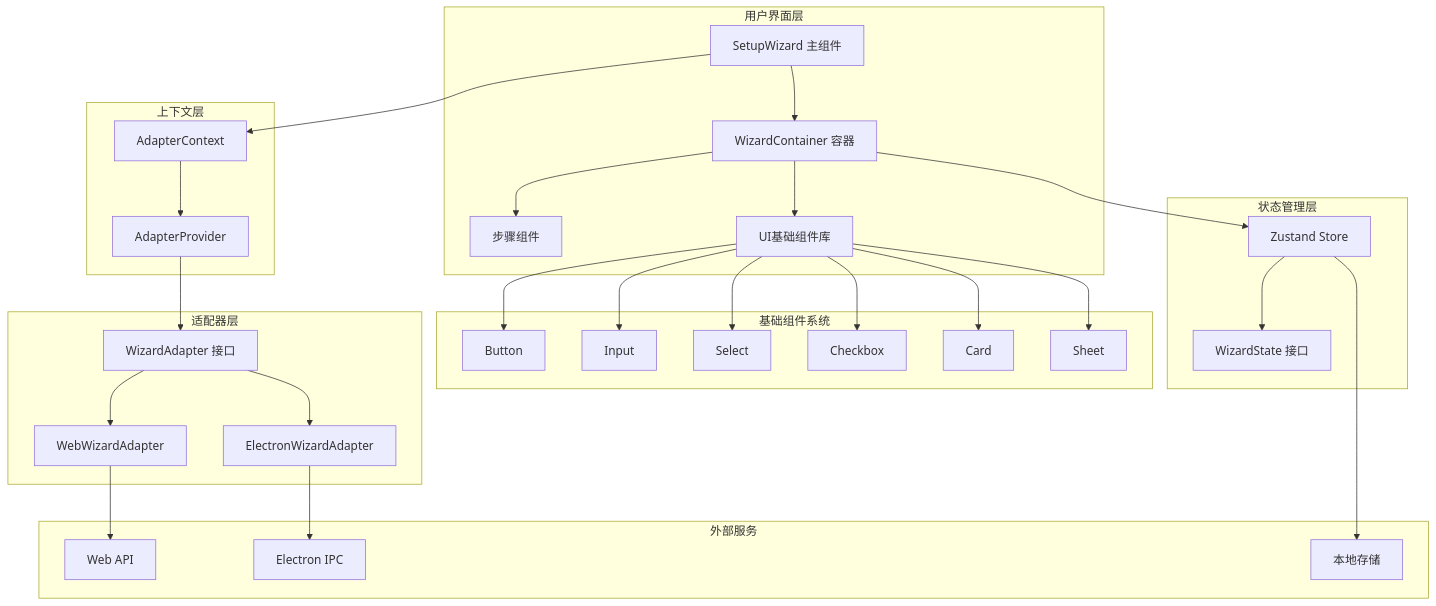
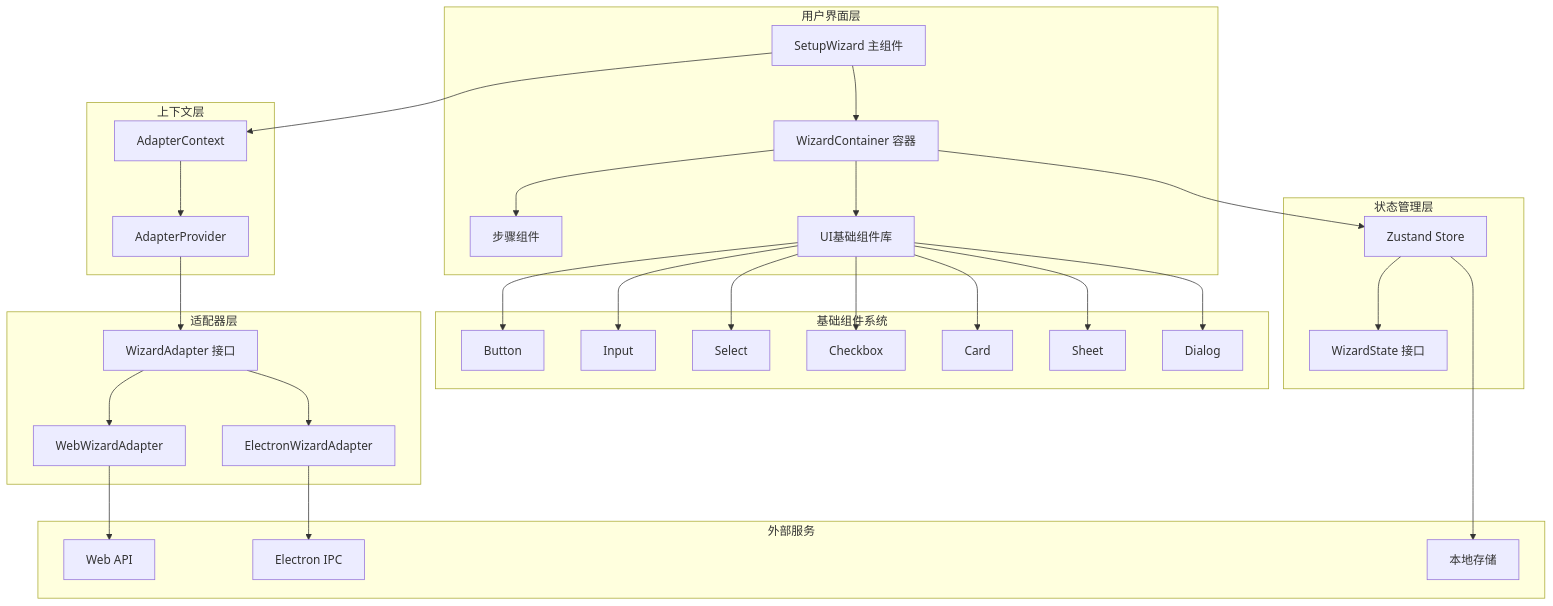
The third of 12 diagrams in .qoder/repowiki/zh/content/设置向导UI组件.md (verse-ai-org/openclaw), drawn with Mermaid before and after one commit. The commit also changed other lines of this file and 34 other files, not shown here.

````diff
--- a/.qoder/repowiki/zh/content/设置向导UI组件.md
+++ b/.qoder/repowiki/zh/content/设置向导UI组件.md
@@ -220,54 +225,56 @@
 ```mermaid
 graph TB
 subgraph "用户界面层"
 A[SetupWizard 主组件]
 B[WizardContainer 容器]
 C[步骤组件]
 D[UI基础组件库]
 end
 subgraph "基础组件系统"
 E[Button]
 F[Input]
 G[Select]
 H[Checkbox]
 I[Card]
 J[Sheet]
+K[Dialog]
 end
 subgraph "状态管理层"
-K[Zustand Store]
-L[WizardState 接口]
+L[Zustand Store]
+M[WizardState 接口]
 end
 subgraph "适配器层"
-M[WizardAdapter 接口]
-N[WebWizardAdapter]
-O[ElectronWizardAdapter]
+N[WizardAdapter 接口]
+O[WebWizardAdapter]
+P[ElectronWizardAdapter]
 end
 subgraph "上下文层"
-P[AdapterContext]
-Q[AdapterProvider]
+Q[AdapterContext]
+R[AdapterProvider]
 end
 subgraph "外部服务"
-R[Web API]
-S[Electron IPC]
-T[本地存储]
+S[Web API]
+T[Electron IPC]
+U[本地存储]
 end
 A --> B
 B --> C
 B --> D
 D --> E
 D --> F
 D --> G
 D --> H
 D --> I
 D --> J
-B --> K
-K --> L
-A --> P
-P --> Q
-Q --> M
-M --> N
-M --> O
-N --> R
+D --> K
+B --> L
+L --> M
+A --> Q
+Q --> R
+R --> N
+N --> O
+N --> P
 O --> S
-K --> T
+P --> T
+L --> U
 ```
````
